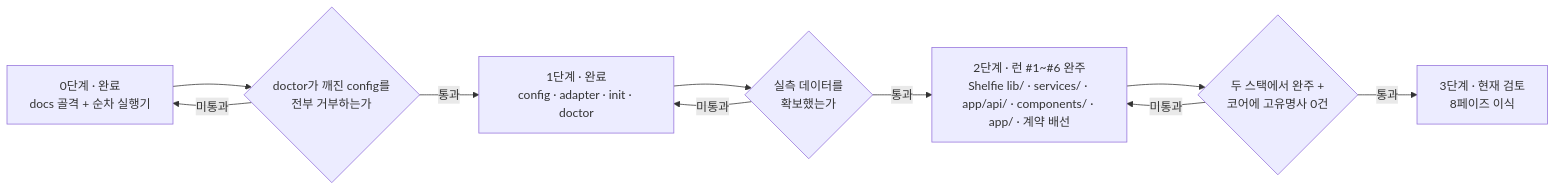
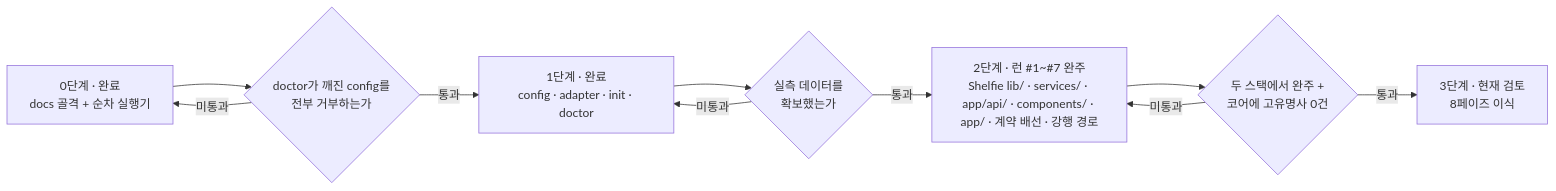
One commit to hyuham1335-stack/banana-island-ops changed the first of 2 diagrams in docs/harness/ROADMAP.md. Above: the diagram before and after it, drawn with Mermaid. The commit also changed other lines of this file and 3 other files, not shown here.

````diff
--- a/docs/harness/ROADMAP.md
+++ b/docs/harness/ROADMAP.md
@@ -52,18 +52,18 @@
 ```mermaid
 flowchart LR
     S0["0단계 · 완료<br/>docs 골격 + 순차 실행기"]
     S1["1단계 · 완료<br/>config · adapter · init · doctor"]
-    S2["2단계 · 런 #1~#6 완주<br/>Shelfie lib/ · services/ · app/api/ · components/ · app/ · 계약 배선"]
+    S2["2단계 · 런 #1~#7 완주<br/>Shelfie lib/ · services/ · app/api/ · components/ · app/ · 계약 배선 · 강행 경로"]
     S3["3단계 · 현재 검토<br/>8페이즈 이식"]
 
     S0 --> G1{"doctor가 깨진 config를<br/>전부 거부하는가"}
     G1 -->|통과| S1
     S1 --> G2{"실측 데이터를<br/>확보했는가"}
     G2 -->|통과| S2
     S2 --> G3{"두 스택에서 완주 +<br/>코어에 고유명사 0건"}
     G3 -->|통과| S3
 
     G1 -->|미통과| S0
     G2 -->|미통과| S1
     G3 -->|미통과| S2
 ```
````
